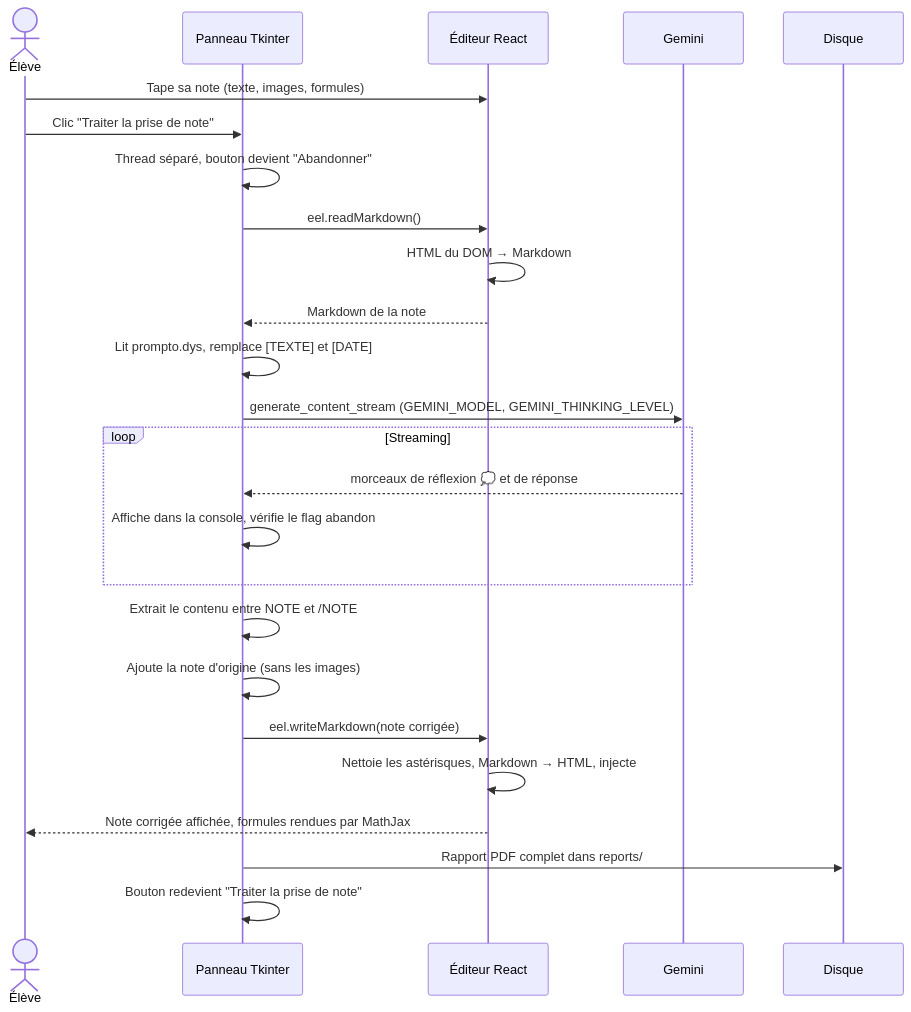
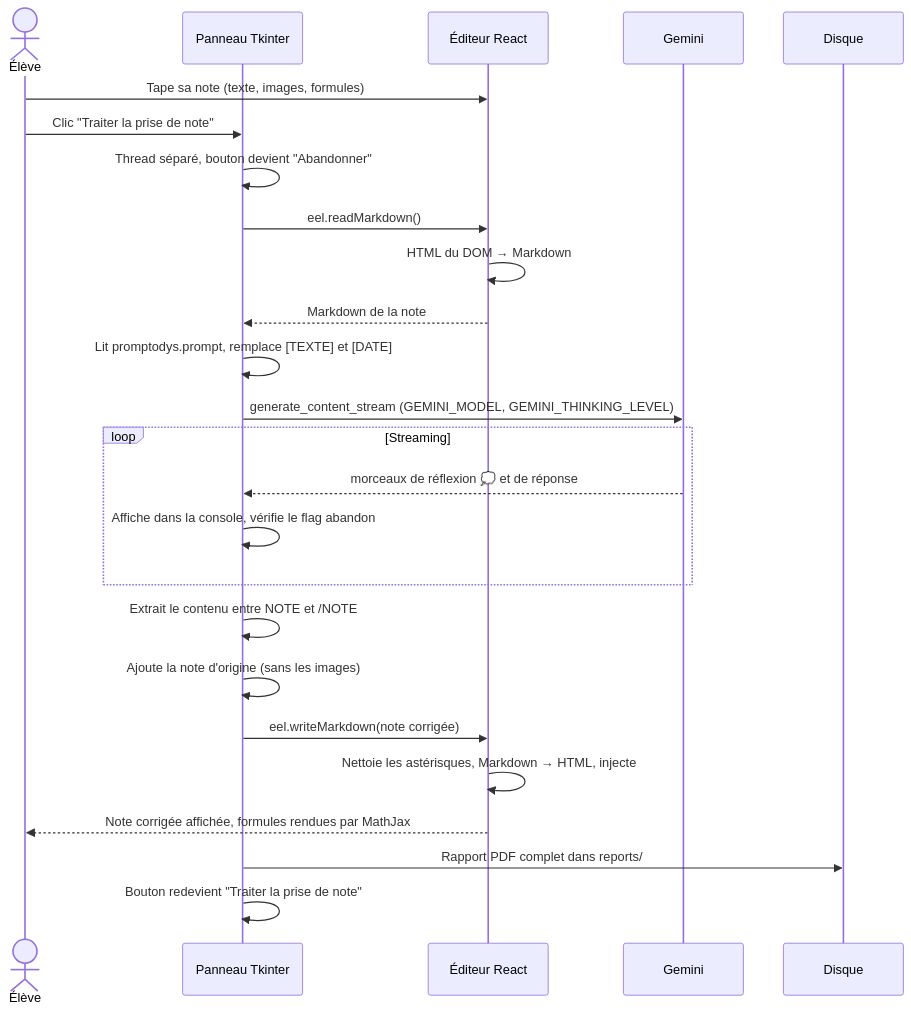
Before and after one commit to lecinquiemejour-code/PromptoDYS_app: the third of 5 diagrams in doc/ARCHITECTURE.md, drawn with Mermaid. The commit also changed other lines of this file and 4 other files, not shown here.

````diff
--- a/doc/ARCHITECTURE.md
+++ b/doc/ARCHITECTURE.md
@@ -142,28 +142,28 @@
 ```mermaid
 sequenceDiagram
     actor U as Élève
     participant TK as Panneau Tkinter
     participant R as Éditeur React
     participant G as Gemini
     participant D as Disque
 
     U->>R: Tape sa note (texte, images, formules)
     U->>TK: Clic "Traiter la prise de note"
     TK->>TK: Thread séparé, bouton devient "Abandonner"
     TK->>R: eel.readMarkdown()
     R->>R: HTML du DOM → Markdown
     R-->>TK: Markdown de la note
-    TK->>TK: Lit prompto.dys, remplace [TEXTE] et [DATE]
+    TK->>TK: Lit promptodys.prompt, remplace [TEXTE] et [DATE]
     TK->>G: generate_content_stream (GEMINI_MODEL, GEMINI_THINKING_LEVEL)
     loop Streaming
         G-->>TK: morceaux de réflexion 💭 et de réponse
         TK->>TK: Affiche dans la console, vérifie le flag abandon
     end
     TK->>TK: Extrait le contenu entre NOTE et /NOTE
     TK->>TK: Ajoute la note d'origine (sans les images)
     TK->>R: eel.writeMarkdown(note corrigée)
     R->>R: Nettoie les astérisques, Markdown → HTML, injecte
     R-->>U: Note corrigée affichée, formules rendues par MathJax
     TK->>D: Rapport PDF complet dans reports/
     TK->>TK: Bouton redevient "Traiter la prise de note"
 ```
````
